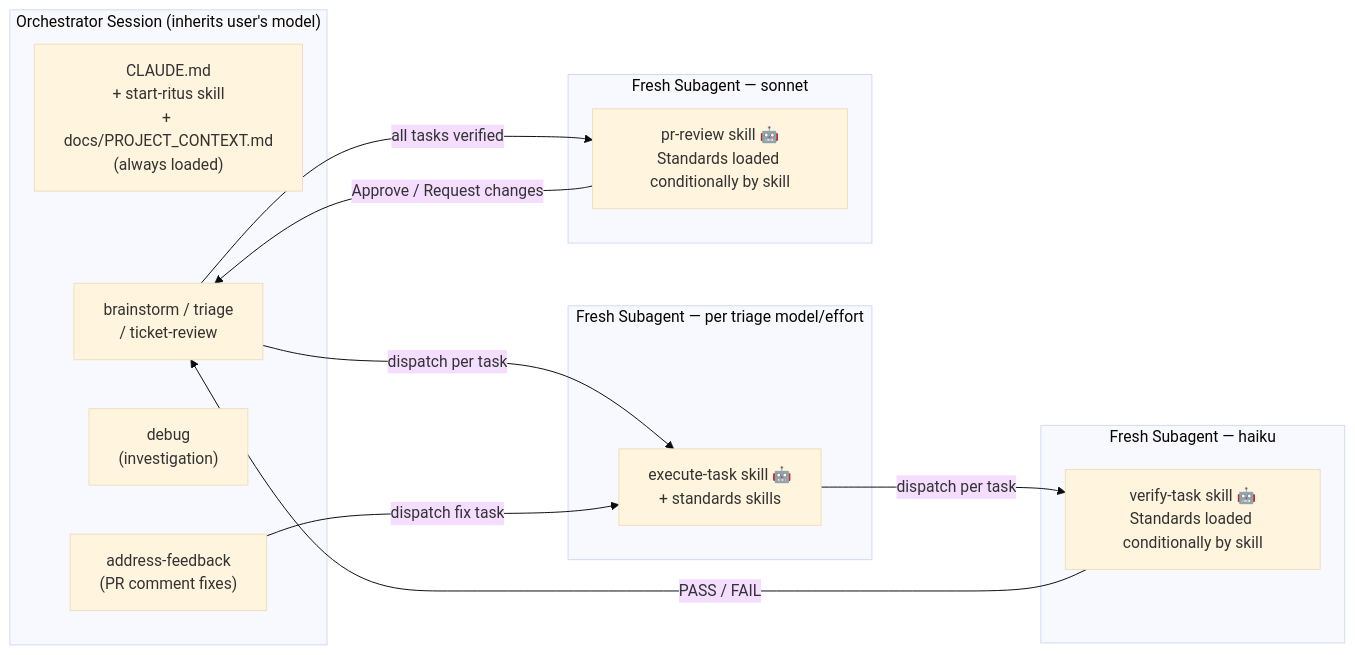
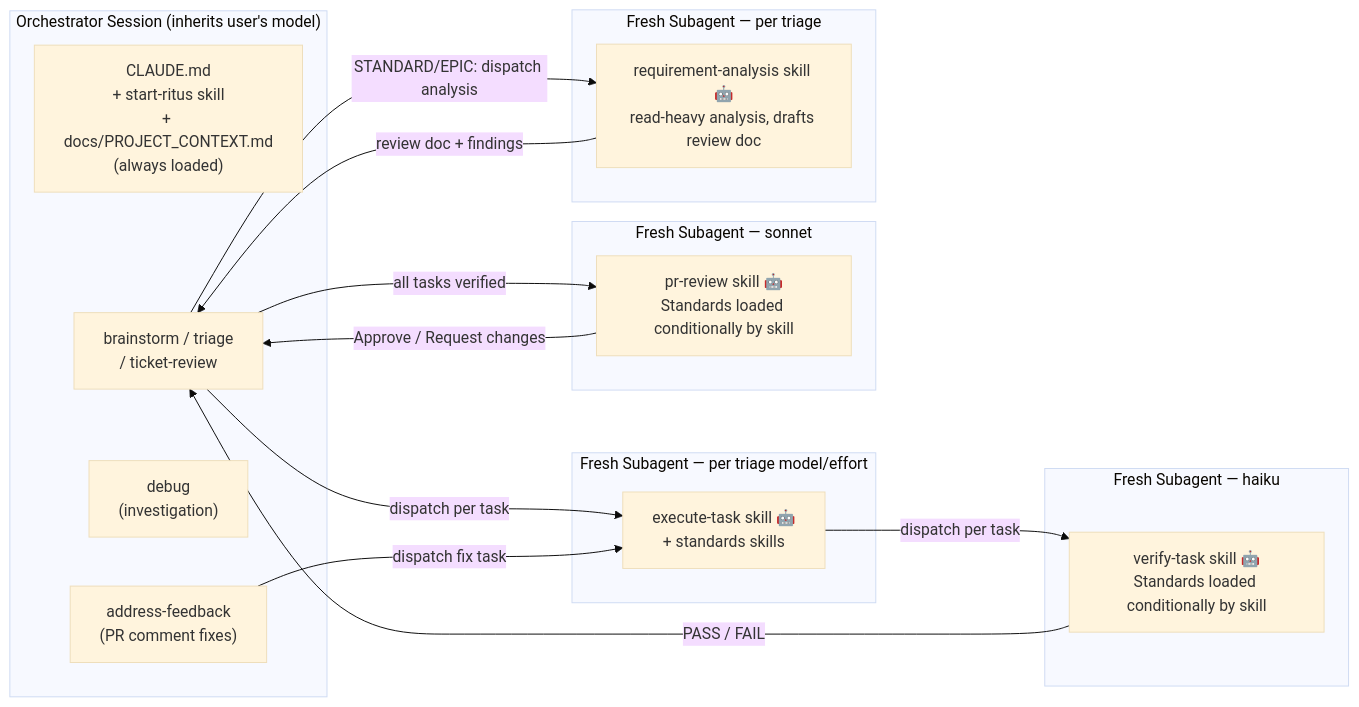
The sixth of 8 diagrams in docs/WORKFLOW_DIAGRAMS.md (precise-alloy/ritus), drawn with Mermaid (base theme) before and after one commit. The commit also changed other lines of this file and 24 other files, not shown here.

Commit message:
refactor(workflow): TODO-driven dispatch, split ticket-review into requirement-analysis

````diff
--- a/docs/WORKFLOW_DIAGRAMS.md
+++ b/docs/WORKFLOW_DIAGRAMS.md
@@ -189,28 +203,34 @@
 ```mermaid
 flowchart LR
     subgraph "Orchestrator Session (inherits user's model)"
         A["CLAUDE.md\n+ start-ritus skill\n+ docs/PROJECT_CONTEXT.md\n(always loaded)"]
         B["brainstorm / triage\n/ ticket-review"]
         D["debug\n(investigation)"]
         E["address-feedback\n(PR comment fixes)"]
     end
 
     subgraph "Fresh Subagent — per triage model/effort"
         C["execute-task skill 🤖\n+ standards skills"]
     end
 
     subgraph "Fresh Subagent — haiku"
         V["verify-task skill 🤖\nStandards loaded conditionally by skill"]
     end
 
     subgraph "Fresh Subagent — sonnet"
         R["pr-review skill 🤖\nStandards loaded conditionally by skill"]
     end
 
+    subgraph "Fresh Subagent — per triage"
+        RA["requirement-analysis skill 🤖\nread-heavy analysis, drafts review doc"]
+    end
+
+    B -- "STANDARD/EPIC: dispatch analysis" --> RA
+    RA -- "review doc + findings" --> B
     B -- "dispatch per task" --> C
     C -- "dispatch per task" --> V
     V -- "PASS / FAIL" --> B
     B -- "all tasks verified" --> R
     R -- "Approve / Request changes" --> B
     E -- "dispatch fix task" --> C
 ```
````
